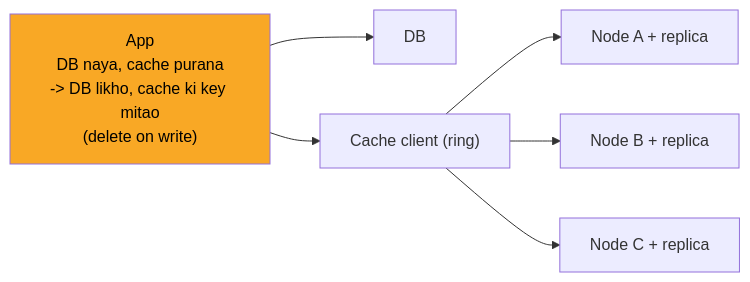
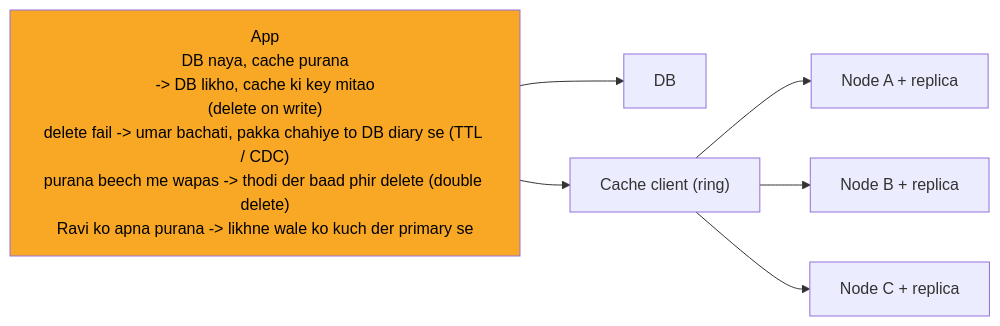
One commit to ArpanMaheshwari144/Prep changed the fifth of 8 diagrams in 04_HLD/SYSTEM_DESIGNS/10_distributed_cache/10_distributed_cache.md. Above: the diagram before and after it, drawn with Mermaid. The commit also changed other lines of this file and 12 other files, not shown here.

Commit message:
hld 02-14: peele dabbe me SAFAR ke mod + diagram chauda (wrappingWidth 450)

````diff
--- a/04_HLD/SYSTEM_DESIGNS/10_distributed_cache/10_distributed_cache.md
+++ b/04_HLD/SYSTEM_DESIGNS/10_distributed_cache/10_distributed_cache.md
@@ -212,15 +216,16 @@
 ```mermaid
+%%{init: {"flowchart": {"wrappingWidth": 450}}}%%
 flowchart LR
-    n_App["App<br/>DB naya, cache purana<br/>-> DB likho, cache ki key mitao<br/>(delete on write)"]
+    n_App["App<br/>DB naya, cache purana<br/>-> DB likho, cache ki key mitao<br/>(delete on write)<br/>delete fail -> umar bachati, pakka chahiye to DB diary se (TTL / CDC)<br/>purana beech me wapas -> thodi der baad phir delete (double delete)<br/>Ravi ko apna purana -> likhne wale ko kuch der primary se"]
     n_DB["DB"]
     n_Cache_client["Cache client (ring)"]
     n_Node_A_replica["Node A + replica"]
     n_Node_B_replica["Node B + replica"]
     n_Node_C_replica["Node C + replica"]
     n_App --> n_DB
     n_App --> n_Cache_client
     n_Cache_client --> n_Node_A_replica
     n_Cache_client --> n_Node_B_replica
     n_Cache_client --> n_Node_C_replica
     style n_App fill:#f9a825,color:#000
 ```
````
